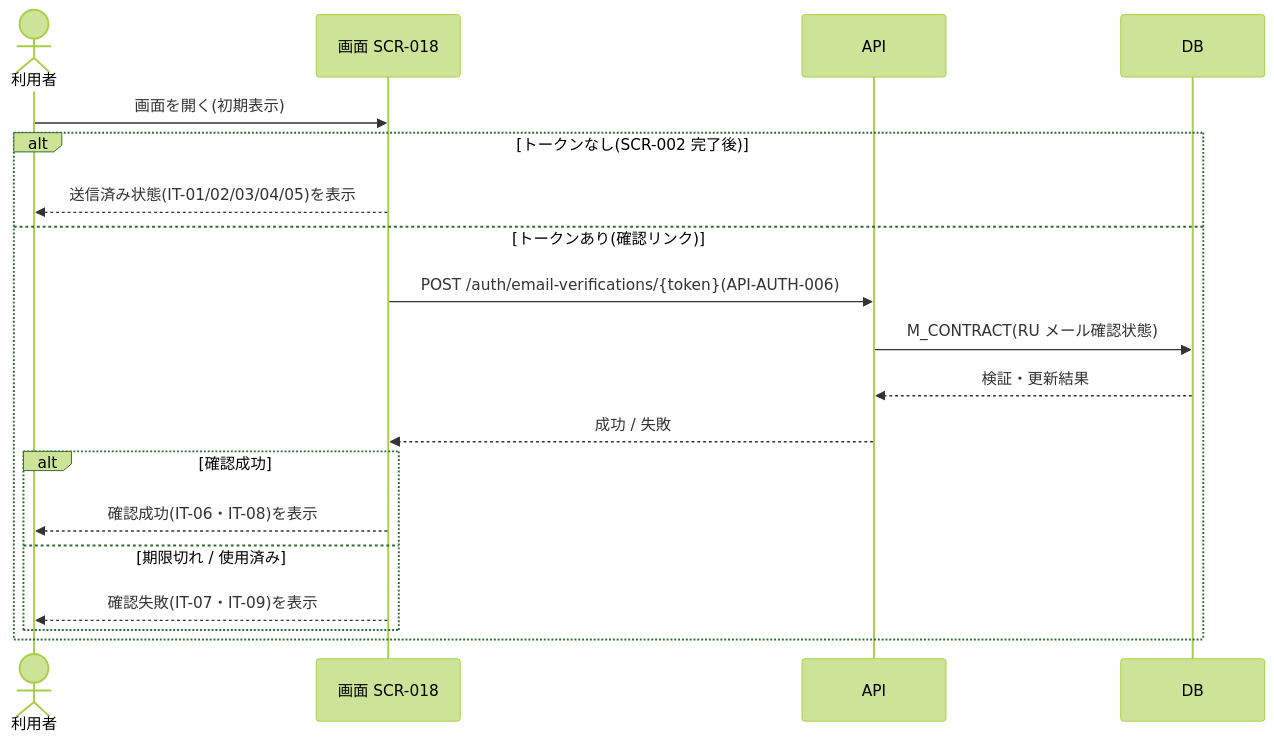
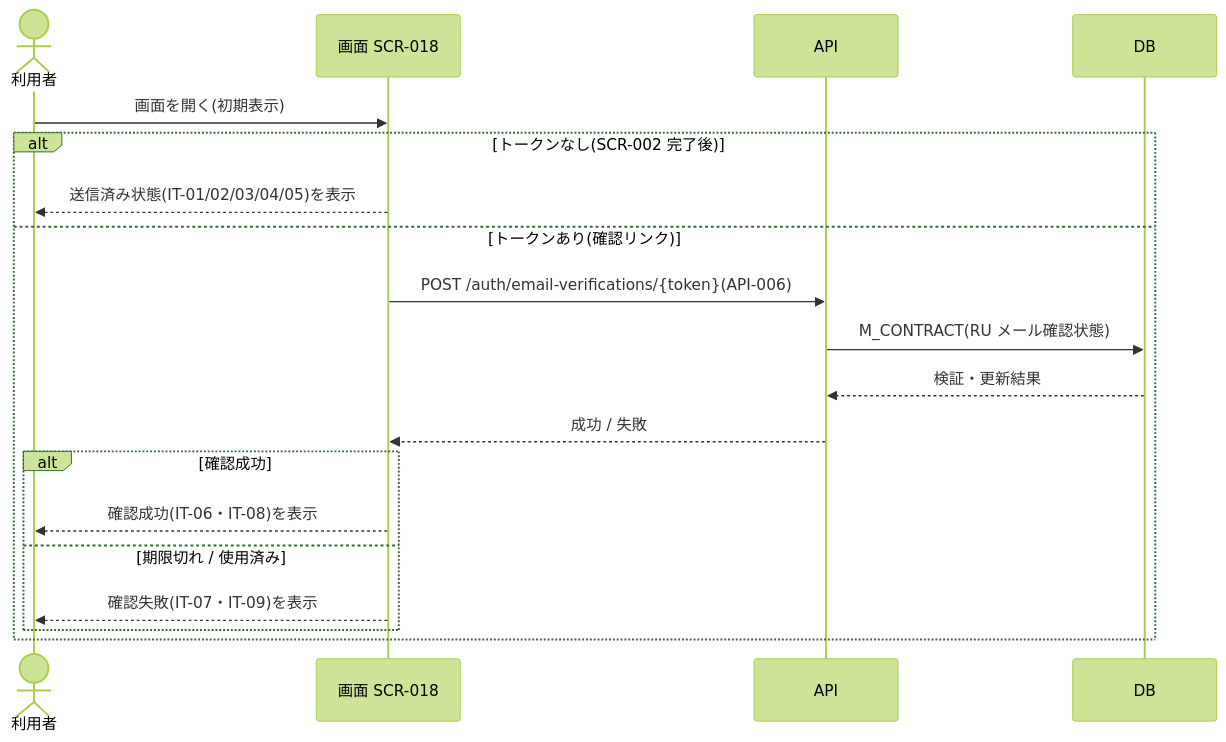
Before and after one commit to sikakou54/open-faq: the diagram in 01_requirements/02_business_usecases/UC-151.md, drawn with Mermaid (forest theme). The commit also changed other lines of this file and 321 other files, not shown here.

````diff
--- a/01_requirements/02_business_usecases/UC-151.md
+++ b/01_requirements/02_business_usecases/UC-151.md
@@ -39,21 +39,21 @@
 ```mermaid
 sequenceDiagram
   actor U as 利用者
   participant S as 画面 SCR-018
   participant API as API
   participant DB as DB
   U->>S: 画面を開く(初期表示)
   alt トークンなし(SCR-002 完了後)
     S-->>U: 送信済み状態(IT-01/02/03/04/05)を表示
   else トークンあり(確認リンク)
-    S->>API: POST /auth/email-verifications/{token}(API-AUTH-006)
+    S->>API: POST /auth/email-verifications/{token}(API-006)
     API->>DB: M_CONTRACT(RU メール確認状態)
     DB-->>API: 検証・更新結果
     API-->>S: 成功 / 失敗
     alt 確認成功
       S-->>U: 確認成功(IT-06・IT-08)を表示
     else 期限切れ / 使用済み
       S-->>U: 確認失敗(IT-07・IT-09)を表示
     end
   end
 ```
````
